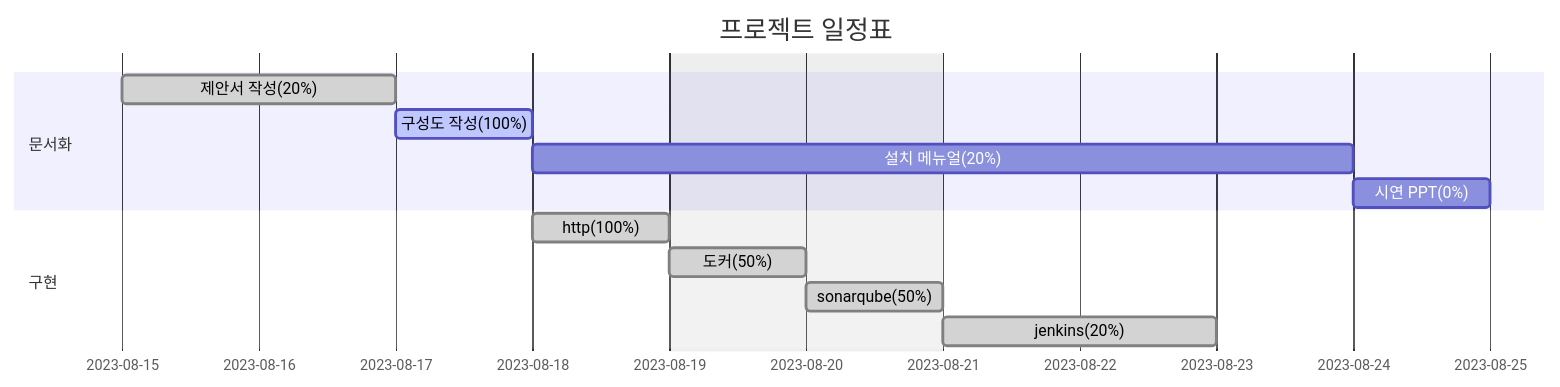
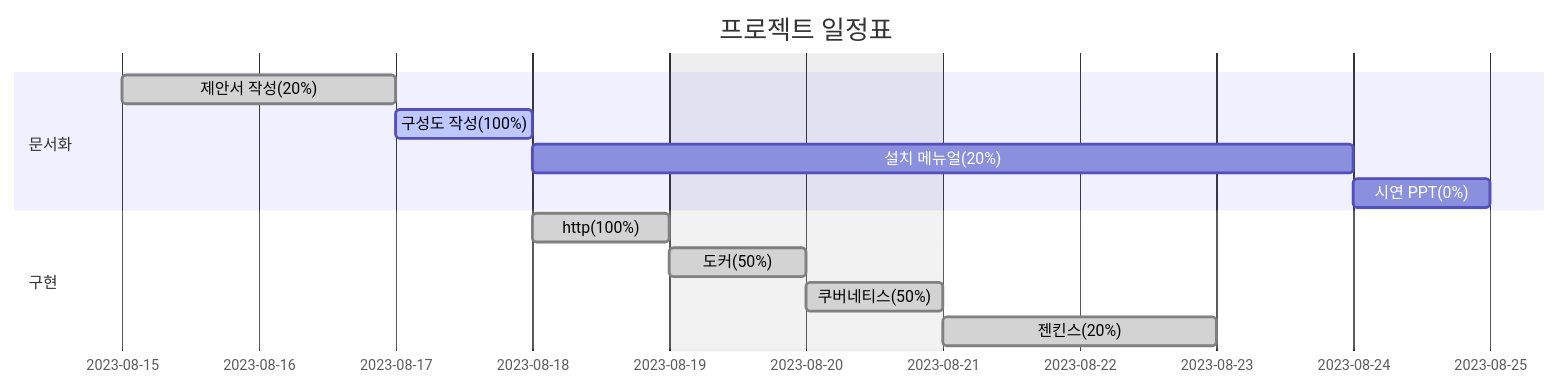
Before and after one commit to LOFL404/project1: the diagram in README.md, drawn with Mermaid.

````diff
--- a/README.md
+++ b/README.md
@@ -1,21 +1,21 @@
 ```mermaid
 gantt
     dateFormat  YYYY-MM-DD
     axisFormat  %Y-%m-%d
     title       프로젝트 일정표
     excludes    weekends saturday,sunday
     
     section 문서화
     제안서 작성(20%)     :done,    a, 2023-08-15, 2d
     구성도 작성(100%)     :active,    b, 2023-08-17, 1d
     설치 메뉴얼(20%)             :c, after b, 4d
     시연 PPT(0%)        :after c, 1d
 
     section 구현
     http(100%)           :done,    d, 2023-08-18, 1d
     도커(50%)            :done,    e, 2023-08-19, 1d
-    sonarqube(50%)       :done,    f, 2023-08-20, 1d
-    jenkins(20%)         :done,    g, 2023-08-21, 2d
+    쿠버네티스(50%)       :done,    f, 2023-08-20, 1d
+    젠킨스(20%)         :done,    g, 2023-08-21, 2d
      
     
 ```
````
